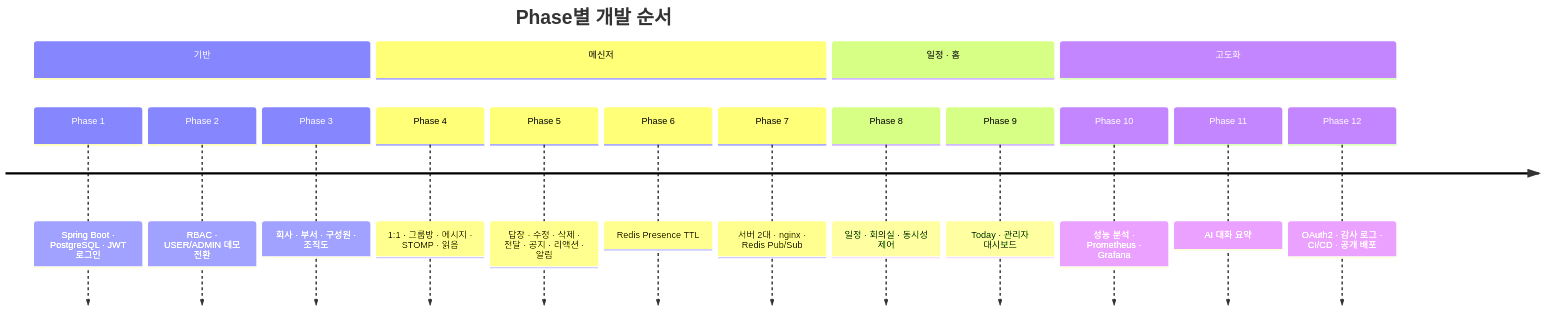
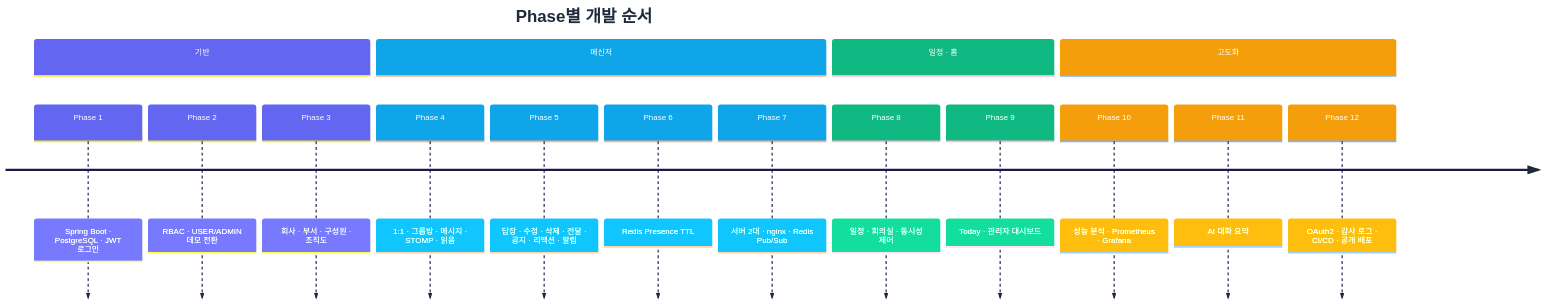
One commit to wjsgusdn12/naverworks_clone_api changed the diagram in docs/diagrams/roadmap.mmd. Above: the diagram before and after it, drawn with Mermaid. The commit also changed 30 other files, not shown here.

Commit message:
README 다이어그램에 공통 테마 적용, 자동 줄바꿈 제거

```diff
--- a/docs/diagrams/roadmap.mmd
+++ b/docs/diagrams/roadmap.mmd
@@ -1,18 +1,65 @@
+---
+config:
+  theme: base
+  fontFamily: "Pretendard, Malgun Gothic, Apple SD Gothic Neo, Noto Sans KR, sans-serif"
+  markdownAutoWrap: false
+  themeVariables:
+    fontSize: 14px
+    primaryColor: "#eef2ff"
+    primaryTextColor: "#1e1b4b"
+    primaryBorderColor: "#818cf8"
+    secondaryColor: "#f0f9ff"
+    secondaryBorderColor: "#7dd3fc"
+    tertiaryColor: "#f8fafc"
+    tertiaryBorderColor: "#cbd5e1"
+    lineColor: "#64748b"
+    textColor: "#1e293b"
+    clusterBkg: "#f8fafc"
+    clusterBorder: "#cbd5e1"
+    edgeLabelBackground: "#ffffff"
+    nodeBorder: "#818cf8"
+    mainBkg: "#eef2ff"
+    actorBkg: "#eef2ff"
+    actorBorder: "#818cf8"
+    actorTextColor: "#1e1b4b"
+    actorLineColor: "#cbd5e1"
+    signalColor: "#334155"
+    signalTextColor: "#334155"
+    labelBoxBkgColor: "#f1f5f9"
+    labelBoxBorderColor: "#cbd5e1"
+    noteBkgColor: "#fef3c7"
+    noteBorderColor: "#fbbf24"
+    noteTextColor: "#78350f"
+    activationBkgColor: "#e0e7ff"
+    activationBorderColor: "#818cf8"
+    cScale0: "#6366f1"
+    cScale1: "#0ea5e9"
+    cScale2: "#10b981"
+    cScale3: "#f59e0b"
+    cScale4: "#ec4899"
+    cScaleLabel0: "#ffffff"
+    cScaleLabel1: "#ffffff"
+    cScaleLabel2: "#ffffff"
+    cScaleLabel3: "#ffffff"
+    cScaleLabel4: "#ffffff"
+    attributeBackgroundColorEven: "#f8fafc"
+    attributeBackgroundColorOdd: "#ffffff"
+---
 timeline
     title Phase별 개발 순서
     section 기반
         Phase 1 : Spring Boot · PostgreSQL · JWT 로그인
         Phase 2 : RBAC · USER/ADMIN 데모 전환
         Phase 3 : 회사 · 부서 · 구성원 · 조직도
     section 메신저
         Phase 4 : 1:1 · 그룹방 · 메시지 · STOMP · 읽음
         Phase 5 : 답장 · 수정 · 삭제 · 전달 · 공지 · 리액션 · 알림
         Phase 6 : Redis Presence TTL
         Phase 7 : 서버 2대 · nginx · Redis Pub/Sub
     section 일정 · 홈
         Phase 8 : 일정 · 회의실 · 동시성 제어
         Phase 9 : Today · 관리자 대시보드
     section 고도화
         Phase 10 : 성능 분석 · Prometheus · Grafana
         Phase 11 : AI 대화 요약
         Phase 12 : OAuth2 · 감사 로그 · CI/CD · 공개 배포
```
